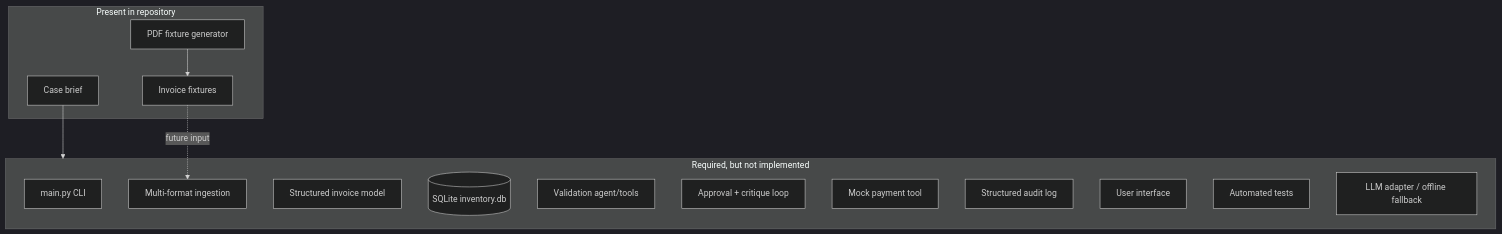
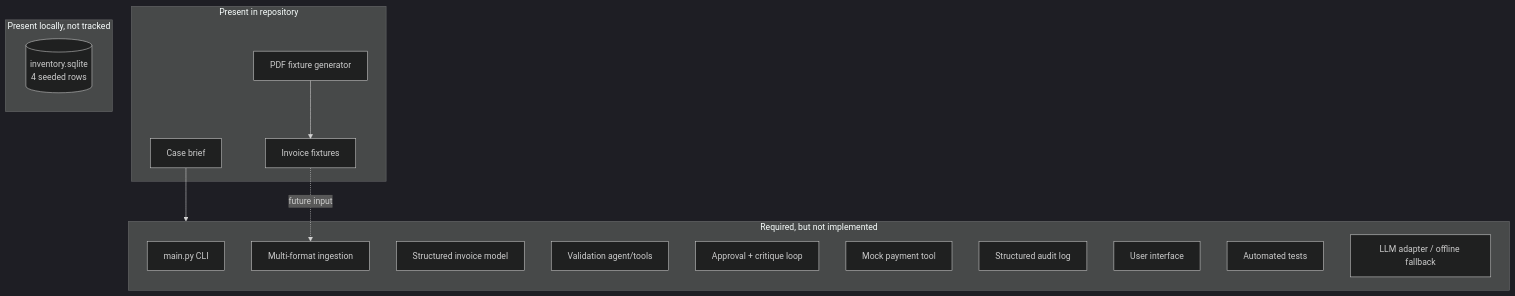
Before and after one commit to ConnorRussi/galatiq-case-invoices: the first of 2 diagrams in docs/current-system.md, drawn with Mermaid (dark theme). The commit also changed other lines of this file and 39 other files, not shown here.

````diff
--- a/docs/current-system.md
+++ b/docs/current-system.md
@@ -47,26 +48,29 @@
 ```mermaid
 flowchart TB
     subgraph Present["Present in repository"]
         R[Case brief]
         D[Invoice fixtures]
         G[PDF fixture generator]
     end
 
+    subgraph Local["Present locally, not tracked"]
+        DB[(inventory.sqlite<br/>4 seeded rows)]
+    end
+
     subgraph Missing["Required, but not implemented"]
         CLI[main.py CLI]
         ING[Multi-format ingestion]
         MODEL[Structured invoice model]
-        DB[(SQLite inventory.db)]
         VAL[Validation agent/tools]
         APP[Approval + critique loop]
         PAY[Mock payment tool]
         LOG[Structured audit log]
         UI[User interface]
         TEST[Automated tests]
         LLM[LLM adapter / offline fallback]
     end
 
     R --> Missing
     D -. future input .-> ING
     G --> D
 ```
````
